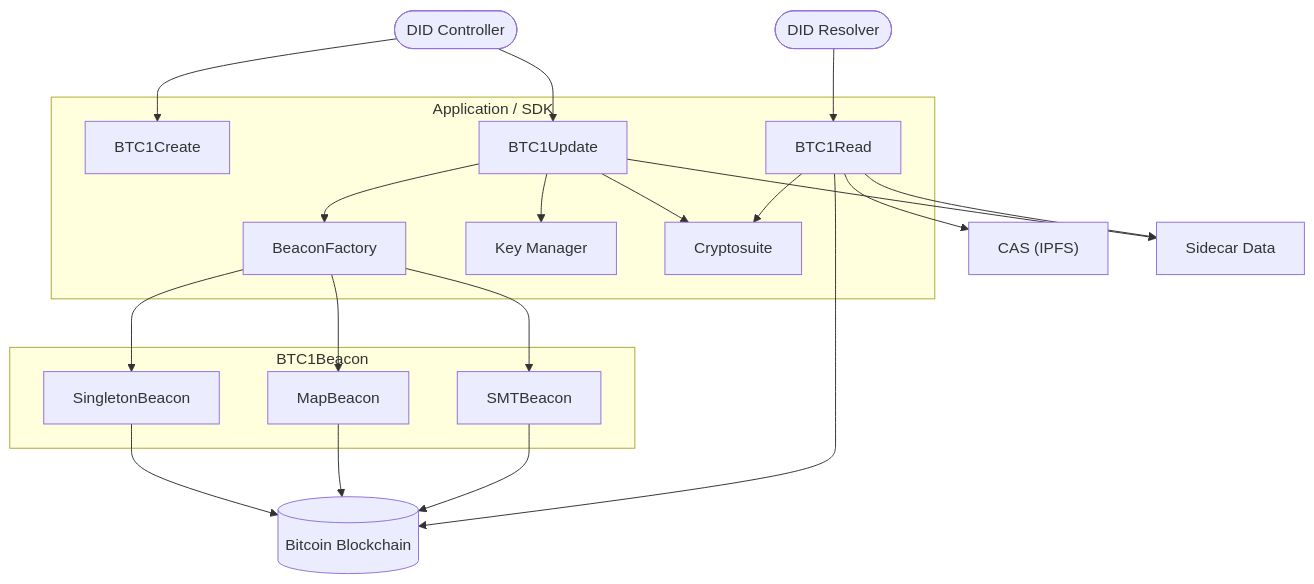
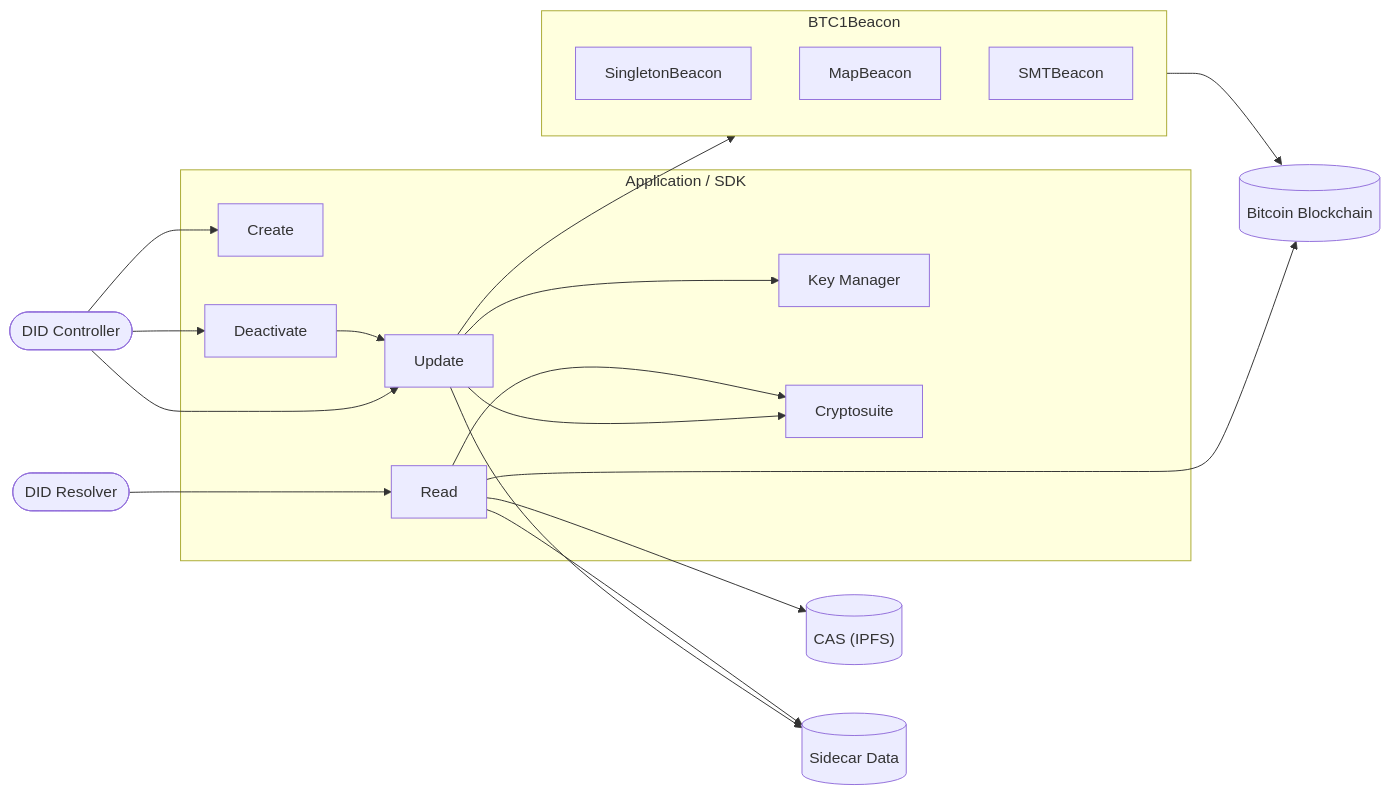
One commit to jintekc/website-btcr2-dev changed the first of 9 diagrams in docs/diagrams.md. Above: the diagram before and after it, drawn with Mermaid. The commit also changed other lines of this file and 12 other files, not shown here.

Commit message:
adding mermaid code to diagrams.md and fixing build to render

````diff
--- a/docs/diagrams.md
+++ b/docs/diagrams.md
@@ -9,44 +14,53 @@
 ```mermaid
-flowchart TB
+flowchart LR
+  %% Main Actors
   Controller([DID Controller])
   Resolver([DID Resolver])
 
+  %% Impl Libs & Apps
   subgraph SDK["Application / SDK"]
-    Create[BTC1Create]
-    Read[BTC1Read]
-    Update[BTC1Update]
-    Factory[BeaconFactory]
+    Create[Create]
+    Deactivate[Deactivate]
+    Update[Update]
+    Read[Read]
     KMS[Key Manager]
     Crypto[Cryptosuite]
   end
 
   subgraph BTC1Beacon
     SingletonBeacon
     MapBeacon
     SMTBeacon
   end
 
+  %% Data
   BTC[(Bitcoin Blockchain)]
-  CAS["CAS (IPFS)"]
-  Sidecar[Sidecar Data]
+  CAS[("CAS (IPFS)")]
+  Sidecar[(Sidecar Data)]
 
+  %% DID Resolver
+  Resolver ---> Read
+
+  %% DID Controller
   Controller --> Create
   Controller --> Update
+  Controller --> Deactivate
+  
+  %% Update
   Update --> KMS
   Update --> Crypto
-  Update --> Factory
-  Factory --> SingletonBeacon
-  Factory --> MapBeacon
-  Factory --> SMTBeacon
   Update --> Sidecar
 
-  SingletonBeacon --> BTC
-  MapBeacon --> BTC
-  SMTBeacon --> BTC
+  %% Beacons
+  Update --> BTC1Beacon
+  BTC1Beacon --> BTC
 
-  Resolver --> Read
+  %% Read
   Read --> BTC
   Read --> CAS
   Read --> Sidecar
   Read --> Crypto
+
+  %% Deactivate (Reuses Update)
+  Deactivate --> Update
 ```
````
